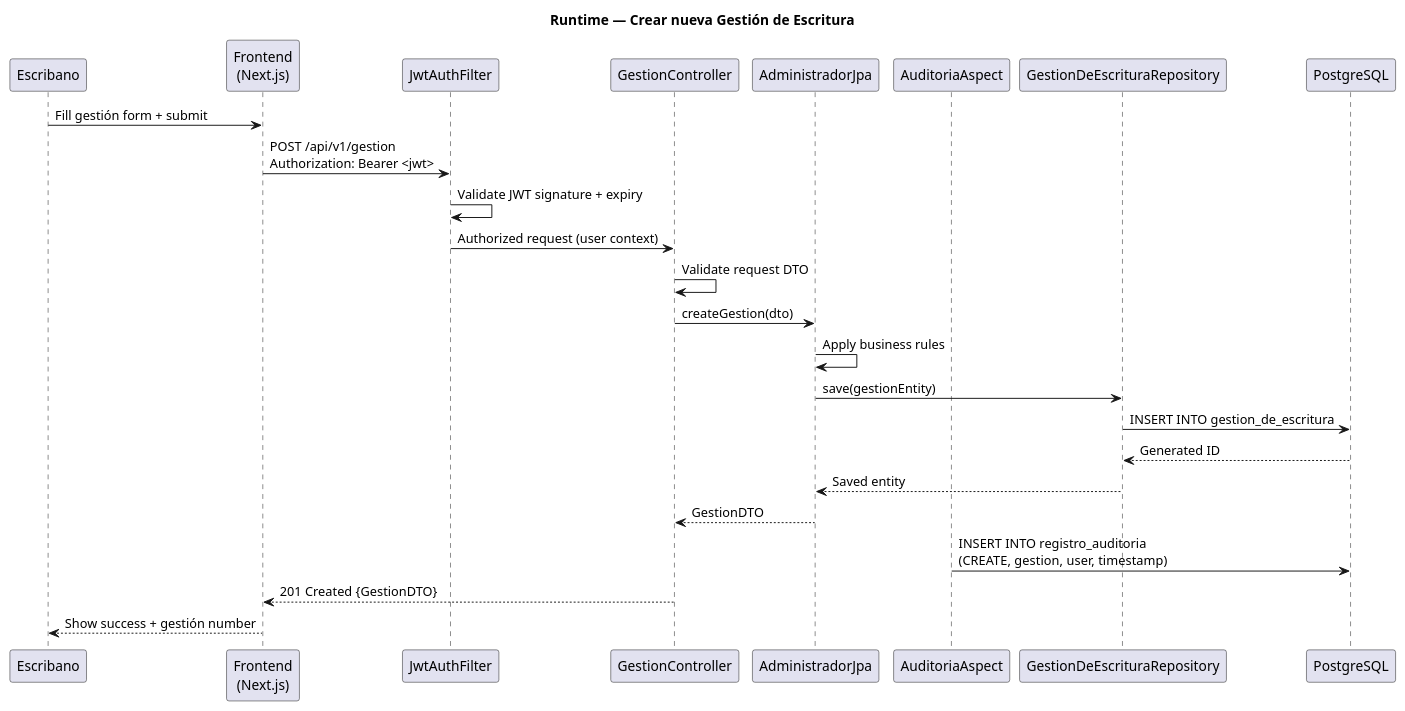
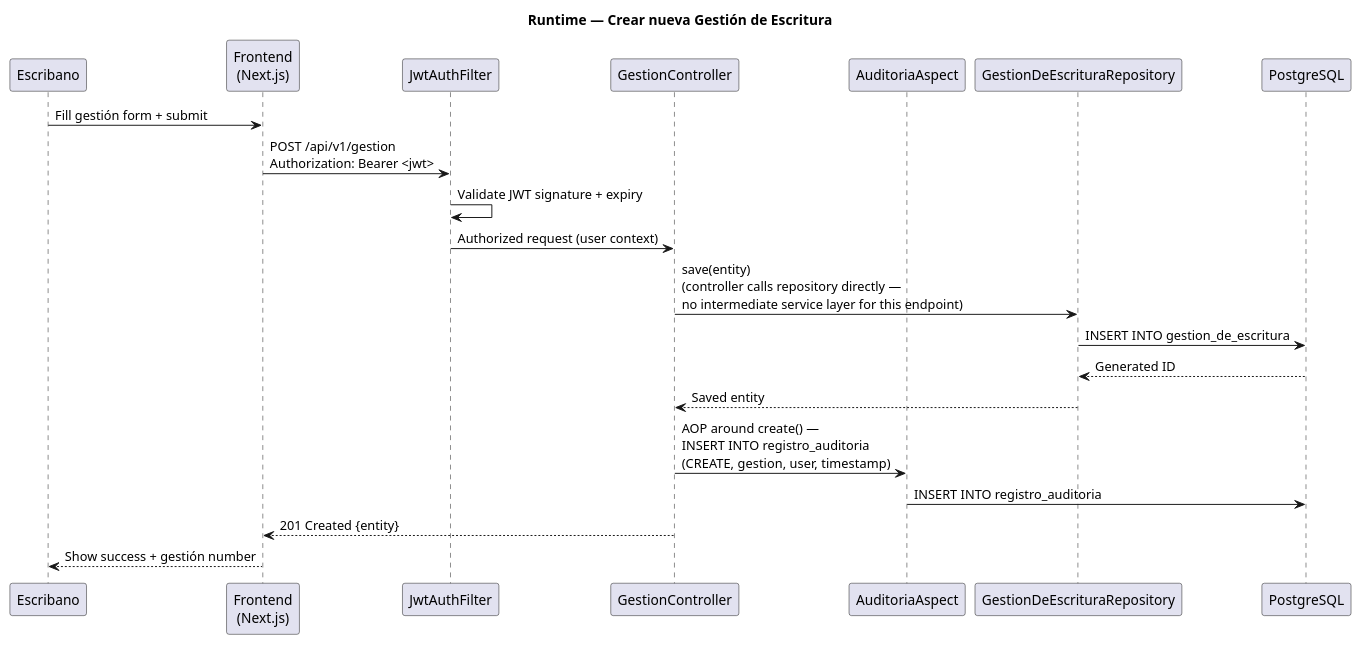
One commit to matiaspakua/notaire changed the tenth of 14 diagrams in docs/200-architecture/201-SAD/sad.md. Above: the diagram before and after it, drawn with PlantUML. The commit also changed other lines of this file and 18 other files, not shown here.

````diff
--- a/docs/200-architecture/201-SAD/sad.md
+++ b/docs/200-architecture/201-SAD/sad.md
@@ -679,30 +679,26 @@
 ```plantuml
 @startuml
 title Runtime — Crear nueva Gestión de Escritura
 
 participant "Escribano" as User
 participant "Frontend\n(Next.js)" as Client
 participant "JwtAuthFilter" as Auth
 participant "GestionController" as Ctrl
-participant "AdministradorJpa" as Svc
 participant "AuditoriaAspect" as Audit
 participant "GestionDeEscrituraRepository" as Repo
 participant "PostgreSQL" as DB
 
 User -> Client : Fill gestión form + submit
 Client -> Auth : POST /api/v1/gestion\nAuthorization: Bearer <jwt>
 Auth -> Auth : Validate JWT signature + expiry
 Auth -> Ctrl : Authorized request (user context)
-Ctrl -> Ctrl : Validate request DTO
-Ctrl -> Svc : createGestion(dto)
-Svc -> Svc : Apply business rules
-Svc -> Repo : save(gestionEntity)
+Ctrl -> Repo : save(entity)\n(controller calls repository directly —\nno intermediate service layer for this endpoint)
 Repo -> DB : INSERT INTO gestion_de_escritura
 DB --> Repo : Generated ID
-Repo --> Svc : Saved entity
-Svc --> Ctrl : GestionDTO
-Audit -> DB : INSERT INTO registro_auditoria\n(CREATE, gestion, user, timestamp)
-Ctrl --> Client : 201 Created {GestionDTO}
+Repo --> Ctrl : Saved entity
+Ctrl -> Audit : AOP around create() —\nINSERT INTO registro_auditoria\n(CREATE, gestion, user, timestamp)
+Audit -> DB : INSERT INTO registro_auditoria
+Ctrl --> Client : 201 Created {entity}
 Client --> User : Show success + gestión number
 @enduml
 ```
````
